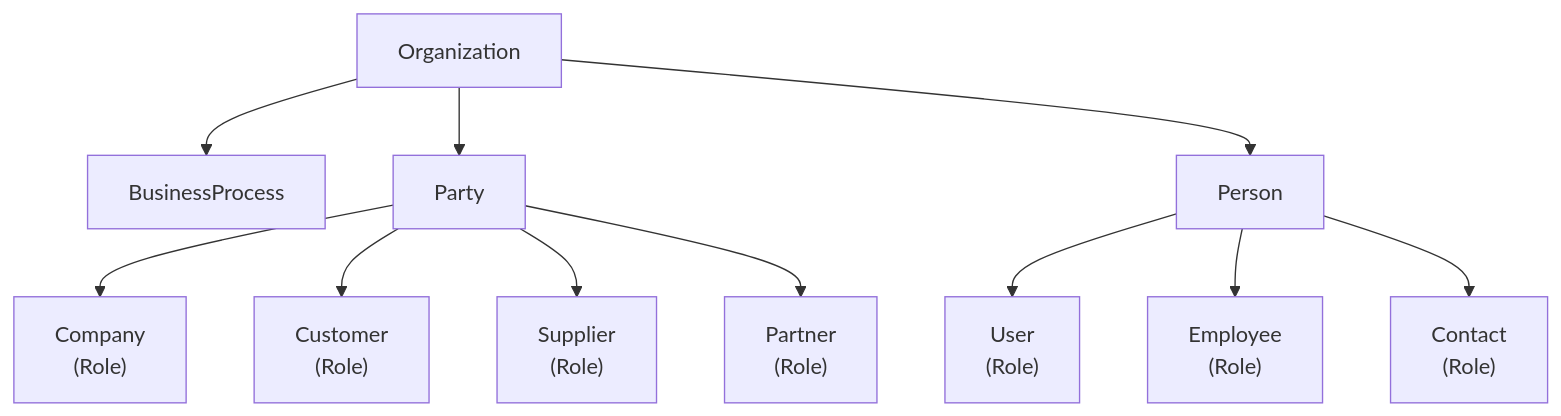
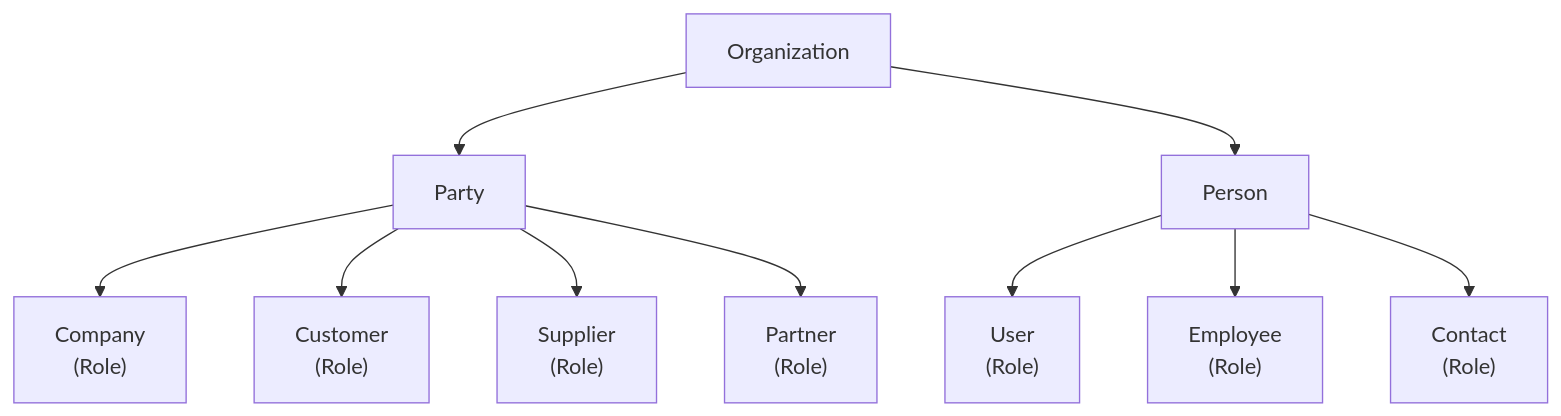
Before and after one commit to stanislavbut-design/orion: the third of 3 diagrams in docs/architecture/ARCH-003-domain-model.md, drawn with Mermaid. The commit also changed other lines of this file and 5 other files, not shown here.

Commit message:
S01-M01.02.01 Refine ARCH-003 architectural baseline

````diff
--- a/docs/architecture/ARCH-003-domain-model.md
+++ b/docs/architecture/ARCH-003-domain-model.md
@@ -384,16 +257,15 @@
 ```mermaid
 flowchart TD
 
-    Organization --> BusinessProcess
     Organization --> Party
     Organization --> Person
 
     Party --> Company["Company<br/>(Role)"]
     Party --> Customer["Customer <br/>(Role)"]
     Party --> Supplier["Supplier <br/>(Role)"]
     Party --> Partner["Partner <br/>(Role)"]
 
     Person --> User["User <br/>(Role)"]
     Person --> Employee["Employee <br/>(Role)"]
     Person --> Contact["Contact <br/>(Role)"]
 ```
````
